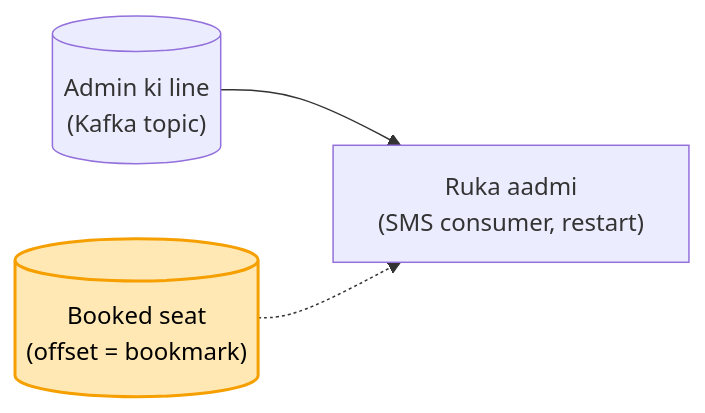
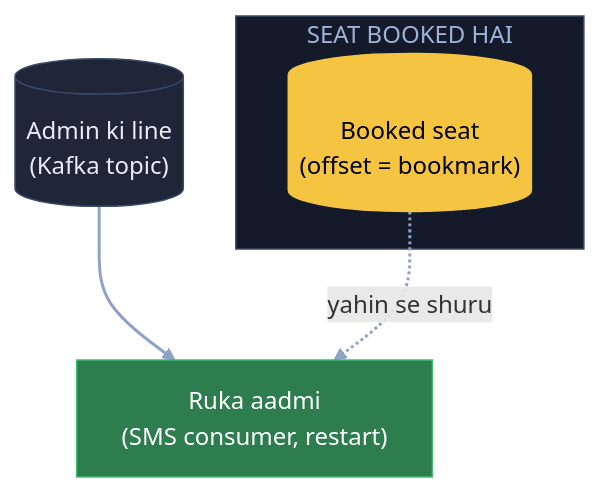
One commit to ArpanMaheshwari144/Prep changed the second of 10 diagrams in 04_HLD/SYSTEM_DESIGNS/12_message_queue_kafka/12_message_queue_kafka.md. Above: the diagram before and after it, drawn with Mermaid. The commit also changed other lines of this file, not shown here.

Commit message:
Kafka: 10 diagram YouTube (reel) wale card andaaz me

````diff
--- a/04_HLD/SYSTEM_DESIGNS/12_message_queue_kafka/12_message_queue_kafka.md
+++ b/04_HLD/SYSTEM_DESIGNS/12_message_queue_kafka/12_message_queue_kafka.md
@@ -57,6 +68,16 @@
 ```mermaid
-flowchart LR
-    K[("Admin ki line<br/>(Kafka topic)")] --> S["Ruka aadmi<br/>(SMS consumer, restart)"]
-    B[("Booked seat<br/>(offset = bookmark)")] -.-> S
-    style B fill:#ffe8b3,stroke:#f59f00,stroke-width:2px,color:#000
+flowchart TB
+    K[("Admin ki line<br/>(Kafka topic)")]:::card
+    subgraph BS["SEAT BOOKED HAI"]
+        B[("Booked seat<br/>(offset = bookmark)")]:::pill
+    end
+    S["Ruka aadmi<br/>(SMS consumer, restart)"]:::good
+    K --> S
+    B -. "yahin se shuru" .-> S
+    linkStyle default stroke:#8fa3c7,stroke-width:2px
+    classDef card fill:#1e2638,stroke:#3a4a6b,color:#e8ecf5
+    classDef pill fill:#f5c542,stroke:#f5c542,color:#000
+    classDef good fill:#2e7d4f,stroke:#3fbf6f,color:#fff
+    classDef bad fill:#5c1f24,stroke:#e05561,color:#fff
+    style BS fill:#141a29,stroke:#3a4a6b,color:#9fb3d9
 ```
````
